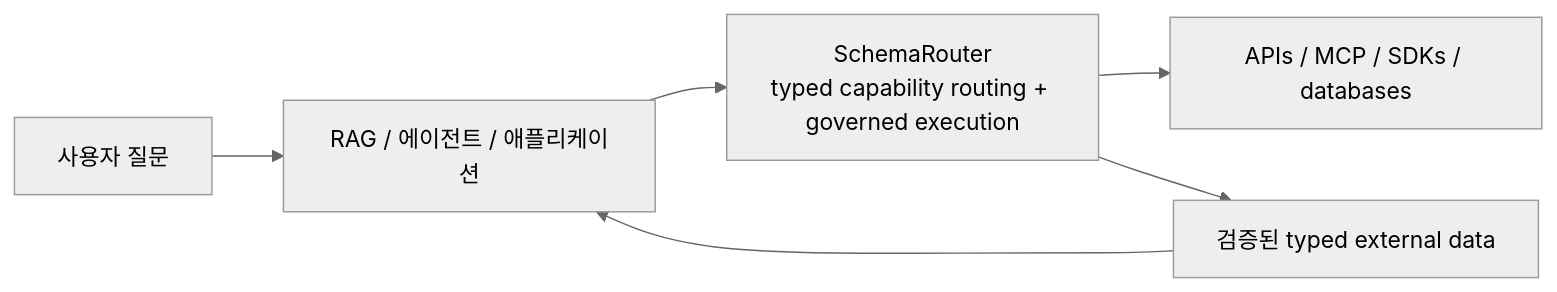
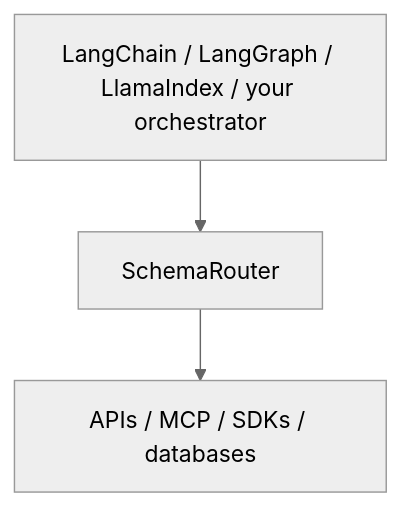
Before and after one commit to JDeun/SchemaRouter: the diagram in docs_ko/index.md, drawn with Mermaid (neutral theme). The commit also changed other lines of this file and 92 other files, not shown here.

````diff
--- a/docs_ko/index.md
+++ b/docs_ko/index.md
@@ -75,8 +50,5 @@
 ```mermaid
-flowchart LR
-    Q["사용자 질문"] --> A["RAG / 에이전트 / 애플리케이션"]
-    A --> SR["SchemaRouter<br/>typed capability routing + governed execution"]
+flowchart TD
+    F["LangChain / LangGraph / LlamaIndex / your orchestrator"] --> SR["SchemaRouter"]
     SR --> T["APIs / MCP / SDKs / databases"]
-    SR --> D["검증된 typed external data"]
-    D --> A
 ```
````
